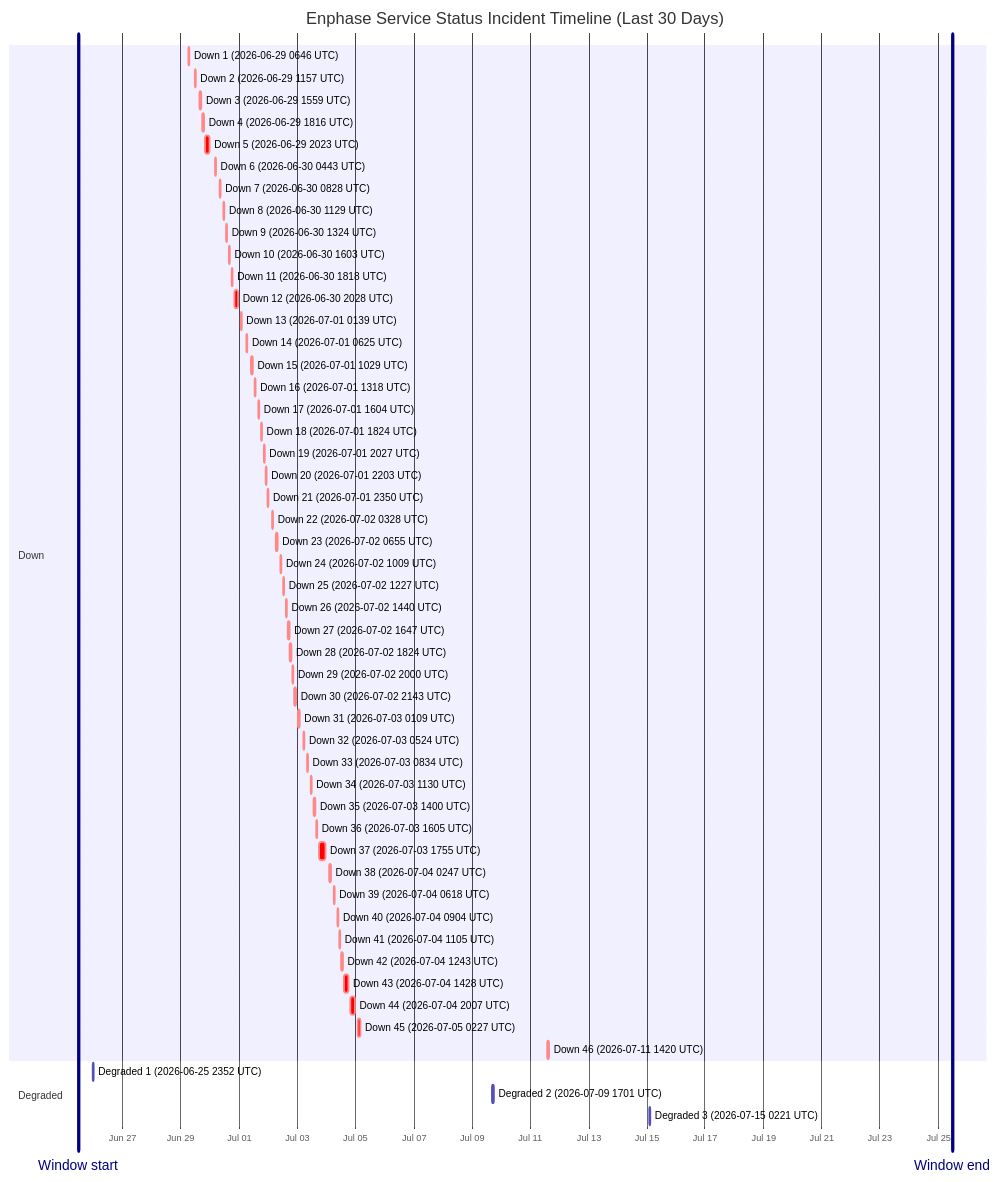
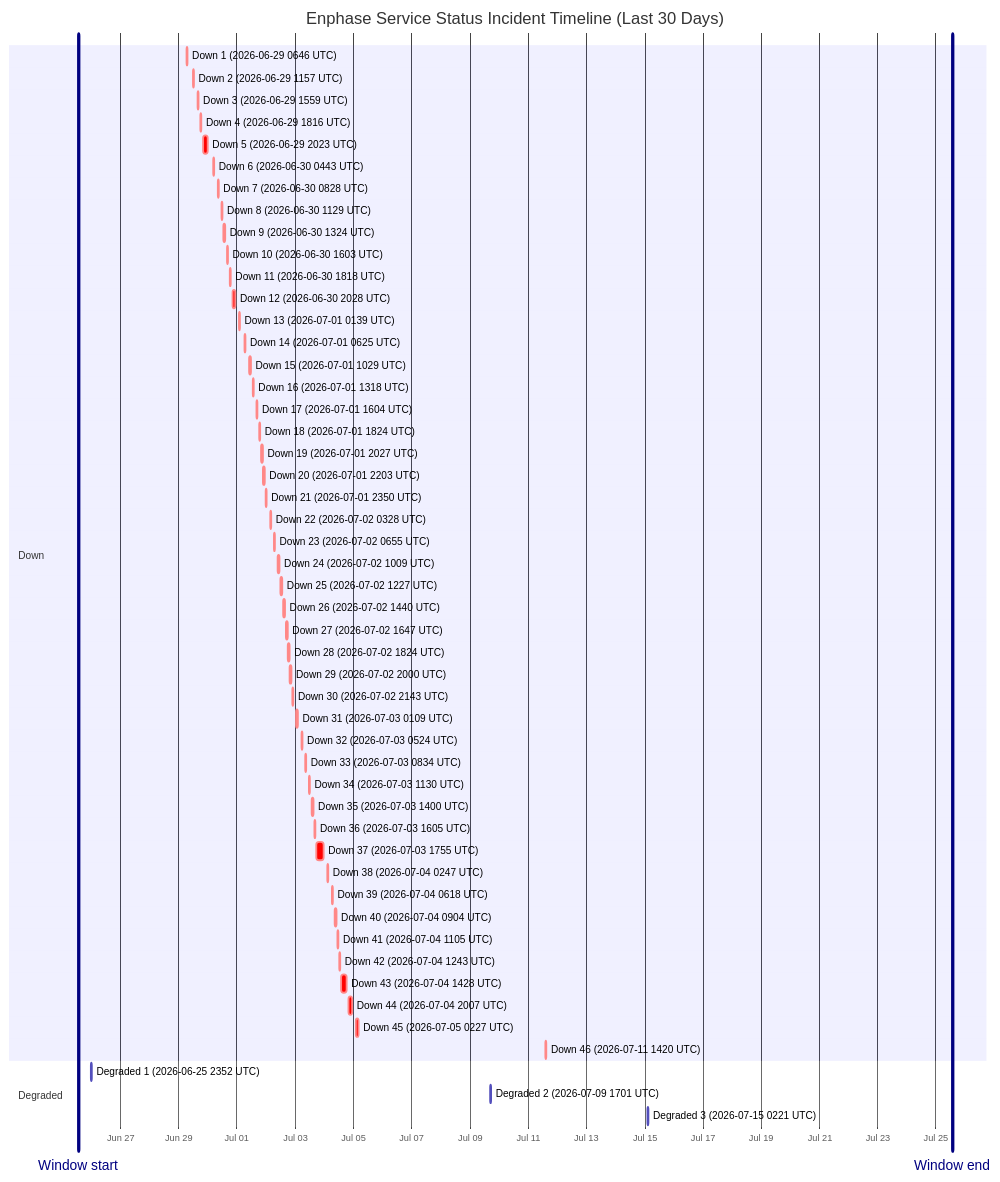
The diagram in wiki/Service-Status-History.md (barneyonline/ha-enphase-energy), drawn with Mermaid before and after one commit. The commit also changed other lines of this file and 3 other files, not shown here.

````diff
--- a/wiki/Service-Status-History.md
+++ b/wiki/Service-Status-History.md
@@ -14,59 +14,59 @@
 ```mermaid
 gantt
     title Enphase Service Status Incident Timeline (Last 30 Days)
     dateFormat  YYYY-MM-DDTHH:mm:ss
     axisFormat  %b %d
-    Window start :vert, window-start, 2026-06-25T11:43:16, 0ms
-    Window end :vert, window-end, 2026-07-25T11:43:16, 0ms
+    Window start :vert, window-start, 2026-06-25T13:21:55, 0ms
+    Window end :vert, window-end, 2026-07-25T13:21:55, 0ms
     section Down
     Down 1 (2026-06-29 0646 UTC) :crit, down-1, 2026-06-29T06:46:18, 60m
     Down 2 (2026-06-29 1157 UTC) :crit, down-2, 2026-06-29T11:57:36, 60m
     Down 3 (2026-06-29 1559 UTC) :crit, down-3, 2026-06-29T15:59:02, 60m
     Down 4 (2026-06-29 1816 UTC) :crit, down-4, 2026-06-29T18:16:38, 60m
     Down 5 (2026-06-29 2023 UTC) :crit, down-5, 2026-06-29T20:23:16, 220m
     Down 6 (2026-06-30 0443 UTC) :crit, down-6, 2026-06-30T04:43:54, 60m
     Down 7 (2026-06-30 0828 UTC) :crit, down-7, 2026-06-30T08:28:43, 60m
     Down 8 (2026-06-30 1129 UTC) :crit, down-8, 2026-06-30T11:29:15, 60m
     Down 9 (2026-06-30 1324 UTC) :crit, down-9, 2026-06-30T13:24:25, 60m
     Down 10 (2026-06-30 1603 UTC) :crit, down-10, 2026-06-30T16:03:26, 60m
     Down 11 (2026-06-30 1818 UTC) :crit, down-11, 2026-06-30T18:18:39, 60m
     Down 12 (2026-06-30 2028 UTC) :crit, down-12, 2026-06-30T20:28:54, 171m
     Down 13 (2026-07-01 0139 UTC) :crit, down-13, 2026-07-01T01:39:18, 60m
     Down 14 (2026-07-01 0625 UTC) :crit, down-14, 2026-07-01T06:25:35, 60m
     Down 15 (2026-07-01 1029 UTC) :crit, down-15, 2026-07-01T10:29:24, 60m
     Down 16 (2026-07-01 1318 UTC) :crit, down-16, 2026-07-01T13:18:31, 60m
     Down 17 (2026-07-01 1604 UTC) :crit, down-17, 2026-07-01T16:04:29, 60m
     Down 18 (2026-07-01 1824 UTC) :crit, down-18, 2026-07-01T18:24:21, 60m
     Down 19 (2026-07-01 2027 UTC) :crit, down-19, 2026-07-01T20:27:17, 60m
     Down 20 (2026-07-01 2203 UTC) :crit, down-20, 2026-07-01T22:03:46, 60m
     Down 21 (2026-07-01 2350 UTC) :crit, down-21, 2026-07-01T23:50:52, 60m
     Down 22 (2026-07-02 0328 UTC) :crit, down-22, 2026-07-02T03:28:33, 60m
     Down 23 (2026-07-02 0655 UTC) :crit, down-23, 2026-07-02T06:55:07, 60m
     Down 24 (2026-07-02 1009 UTC) :crit, down-24, 2026-07-02T10:09:15, 60m
     Down 25 (2026-07-02 1227 UTC) :crit, down-25, 2026-07-02T12:27:49, 60m
     Down 26 (2026-07-02 1440 UTC) :crit, down-26, 2026-07-02T14:40:53, 60m
     Down 27 (2026-07-02 1647 UTC) :crit, down-27, 2026-07-02T16:47:47, 60m
     Down 28 (2026-07-02 1824 UTC) :crit, down-28, 2026-07-02T18:24:26, 60m
     Down 29 (2026-07-02 2000 UTC) :crit, down-29, 2026-07-02T20:00:57, 60m
     Down 30 (2026-07-02 2143 UTC) :crit, down-30, 2026-07-02T21:43:52, 80m
     Down 31 (2026-07-03 0109 UTC) :crit, down-31, 2026-07-03T01:09:19, 60m
     Down 32 (2026-07-03 0524 UTC) :crit, down-32, 2026-07-03T05:24:23, 60m
     Down 33 (2026-07-03 0834 UTC) :crit, down-33, 2026-07-03T08:34:05, 60m
     Down 34 (2026-07-03 1130 UTC) :crit, down-34, 2026-07-03T11:30:41, 60m
     Down 35 (2026-07-03 1400 UTC) :crit, down-35, 2026-07-03T14:00:48, 60m
     Down 36 (2026-07-03 1605 UTC) :crit, down-36, 2026-07-03T16:05:49, 60m
     Down 37 (2026-07-03 1755 UTC) :crit, down-37, 2026-07-03T17:55:54, 338m
     Down 38 (2026-07-04 0247 UTC) :crit, down-38, 2026-07-04T02:47:22, 60m
     Down 39 (2026-07-04 0618 UTC) :crit, down-39, 2026-07-04T06:18:09, 60m
     Down 40 (2026-07-04 0904 UTC) :crit, down-40, 2026-07-04T09:04:41, 60m
     Down 41 (2026-07-04 1105 UTC) :crit, down-41, 2026-07-04T11:05:21, 60m
     Down 42 (2026-07-04 1243 UTC) :crit, down-42, 2026-07-04T12:43:25, 60m
     Down 43 (2026-07-04 1428 UTC) :crit, down-43, 2026-07-04T14:28:07, 243m
     Down 44 (2026-07-04 2007 UTC) :crit, down-44, 2026-07-04T20:07:50, 206m
     Down 45 (2026-07-05 0227 UTC) :crit, down-45, 2026-07-05T02:27:32, 109m
     Down 46 (2026-07-11 1420 UTC) :crit, down-46, 2026-07-11T14:20:54, 69m
     section Degraded
     Degraded 1 (2026-06-25 2352 UTC) :active, degraded-1, 2026-06-25T23:52:01, 60m
     Degraded 2 (2026-07-09 1701 UTC) :active, degraded-2, 2026-07-09T17:01:02, 60m
     Degraded 3 (2026-07-15 0221 UTC) :active, degraded-3, 2026-07-15T02:21:35, 60m
 ```
````
